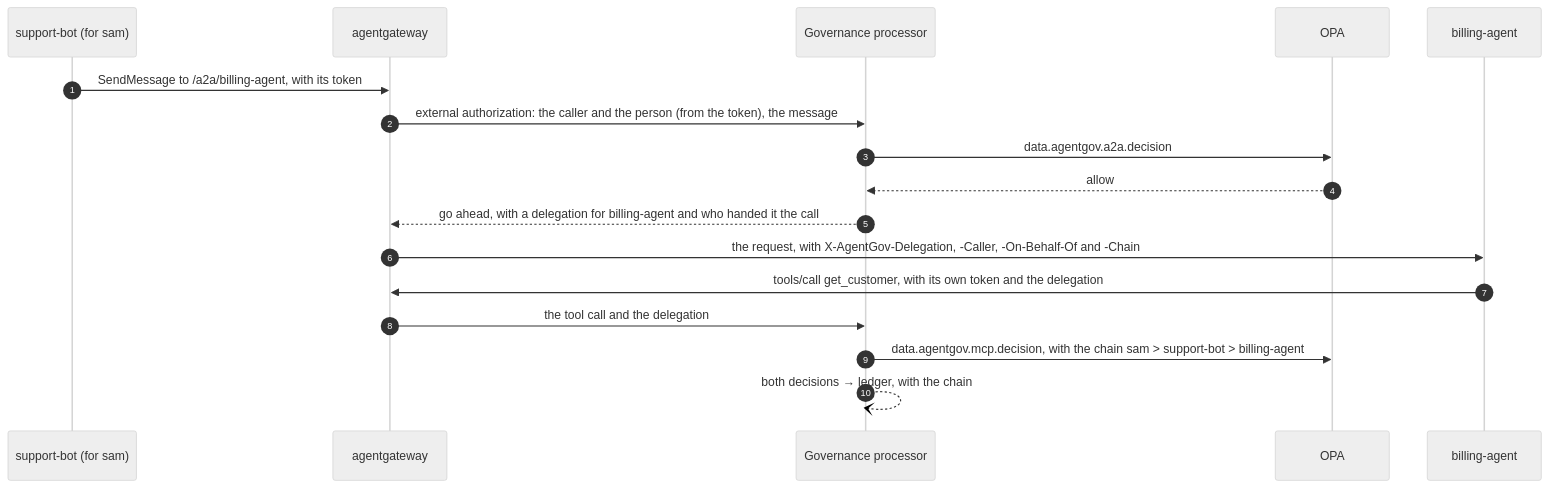
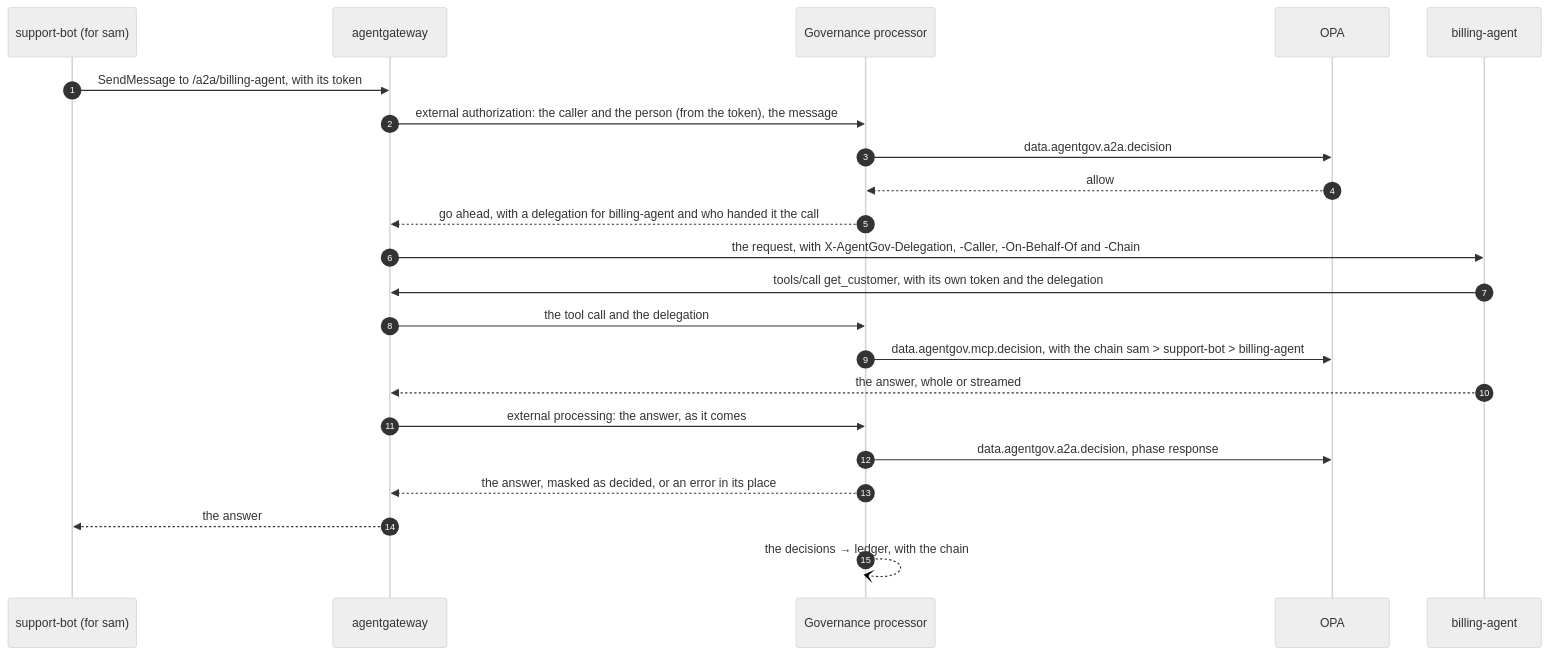
One commit to sreent/agentgov changed the diagram in docs/agent-to-agent.md. Above: the diagram before and after it, drawn with Mermaid (neutral theme). The commit also changed other lines of this file and 56 other files, not shown here.

````diff
--- a/docs/agent-to-agent.md
+++ b/docs/agent-to-agent.md
@@ -15,19 +17,24 @@
 ```mermaid
 sequenceDiagram
     autonumber
     participant S as support-bot (for sam)
     participant G as agentgateway
     participant Pr as Governance processor
     participant O as OPA
     participant B as billing-agent
     S->>G: SendMessage to /a2a/billing-agent, with its token
     G->>Pr: external authorization: the caller and the person (from the token), the message
     Pr->>O: data.agentgov.a2a.decision
     O-->>Pr: allow
     Pr-->>G: go ahead, with a delegation for billing-agent and who handed it the call
     G->>B: the request, with X-AgentGov-Delegation, -Caller, -On-Behalf-Of and -Chain
     B->>G: tools/call get_customer, with its own token and the delegation
     G->>Pr: the tool call and the delegation
     Pr->>O: data.agentgov.mcp.decision, with the chain sam > support-bot > billing-agent
-    Pr--)Pr: both decisions → ledger, with the chain
+    B-->>G: the answer, whole or streamed
+    G->>Pr: external processing: the answer, as it comes
+    Pr->>O: data.agentgov.a2a.decision, phase response
+    Pr-->>G: the answer, masked as decided, or an error in its place
+    G-->>S: the answer
+    Pr--)Pr: the decisions → ledger, with the chain
 ```
````
